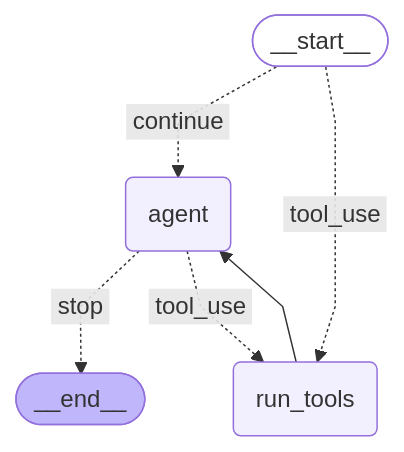
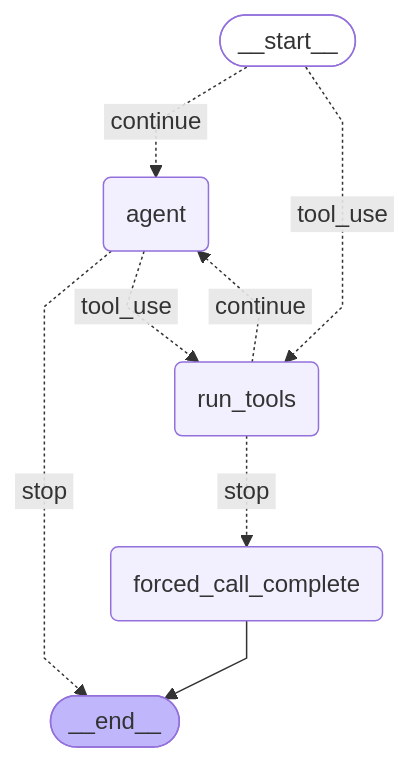
Before and after one commit to movax01h/ai-gateway: the third of 53 diagrams in docs/duo_workflow_service_graphs.md, drawn with Mermaid. The commit also changed 6 other files, not shown here.

````diff
--- a/docs/duo_workflow_service_graphs.md
+++ b/docs/duo_workflow_service_graphs.md
@@ -110,20 +110,23 @@
 ```mermaid
 ---
 config:
   flowchart:
     curve: linear
 ---
 graph TD;
     __start__([<p>__start__</p>]):::first
     agent(agent)
     run_tools(run_tools)
+    forced_call_complete(forced_call_complete)
     __end__([<p>__end__</p>]):::last
     __start__ -. &nbsp;continue&nbsp; .-> agent;
     __start__ -. &nbsp;tool_use&nbsp; .-> run_tools;
     agent -. &nbsp;stop&nbsp; .-> __end__;
     agent -. &nbsp;tool_use&nbsp; .-> run_tools;
-    run_tools --> agent;
+    run_tools -. &nbsp;continue&nbsp; .-> agent;
+    run_tools -. &nbsp;stop&nbsp; .-> forced_call_complete;
+    forced_call_complete --> __end__;
     classDef default fill:#f2f0ff,line-height:1.2
     classDef first fill-opacity:0
     classDef last fill:#bfb6fc
 ```
````
